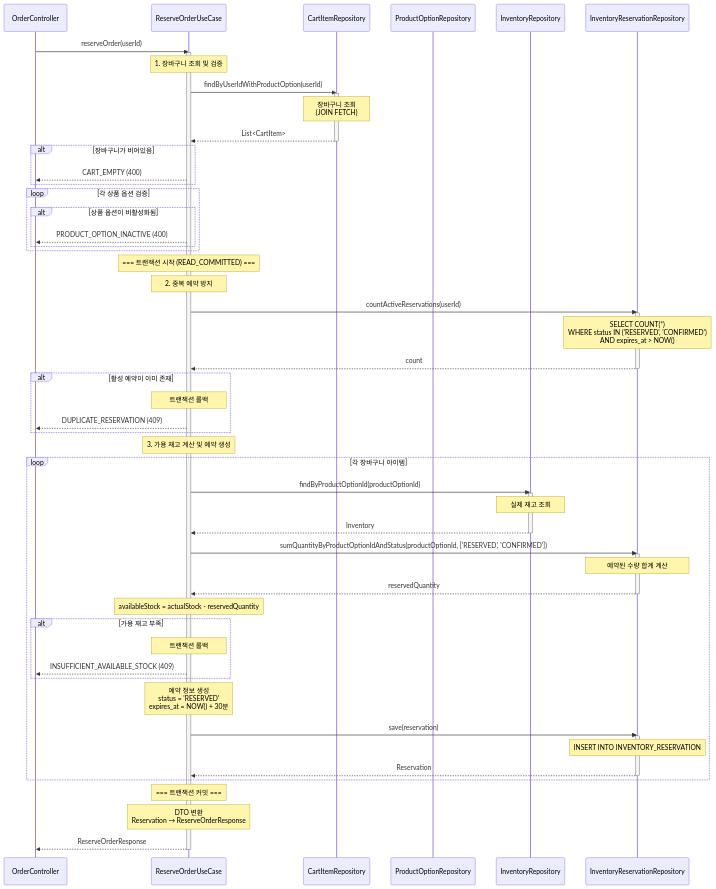
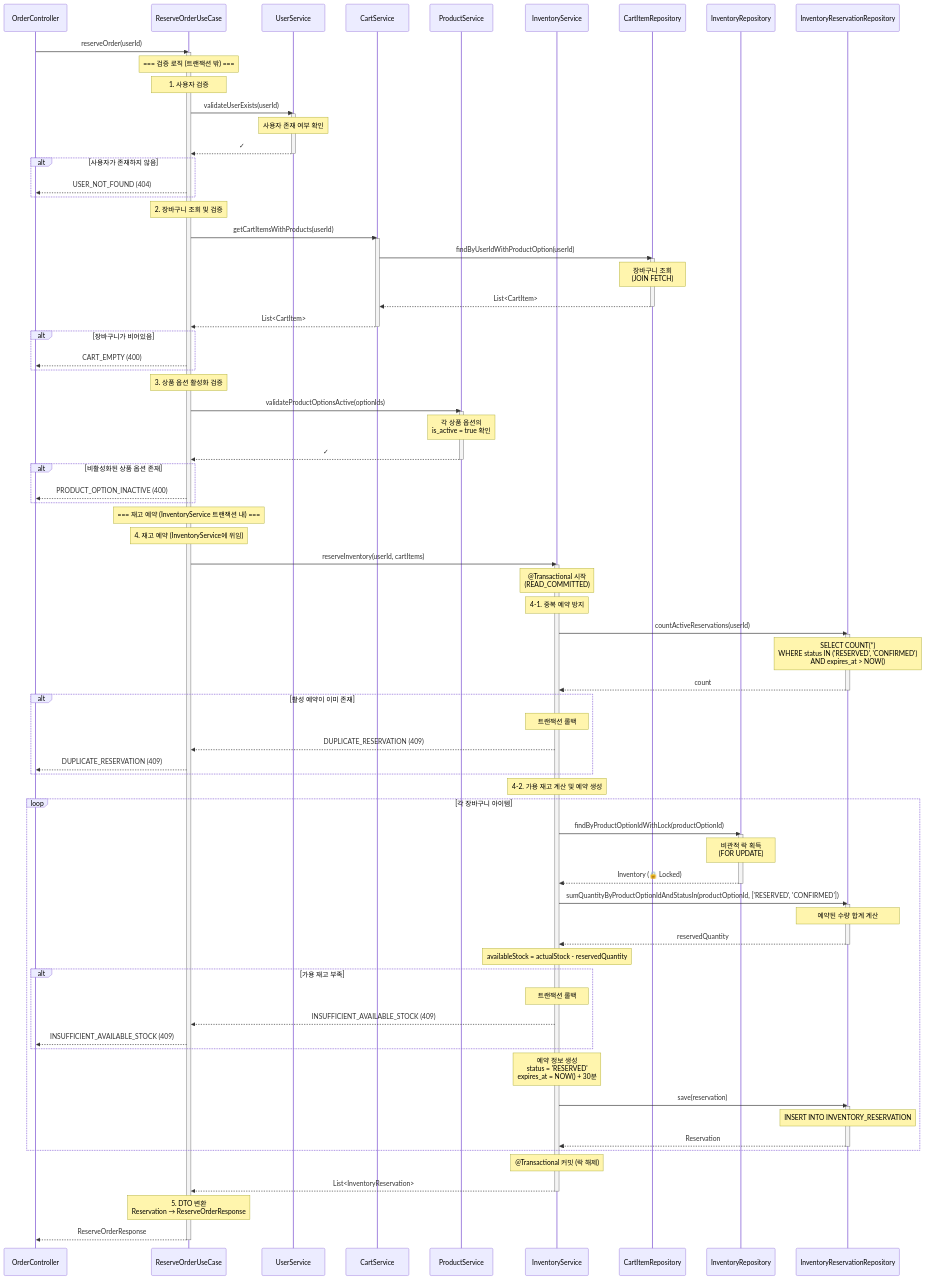
One commit to edit8080/commerce-api changed the first of 2 diagrams in docs/api/order/reserve-order.md. Above: the diagram before and after it, drawn with Mermaid. The commit also changed other lines of this file and 14 other files, not shown here.

Commit message:
refactor: 주문 예약 UseCase 를 Service 기반 오케스트레이션 구조 리팩토링

```diff
--- a/docs/api/order/reserve-order.md
+++ b/docs/api/order/reserve-order.md
@@ -437,81 +277,120 @@
 sequenceDiagram
     participant Controller as OrderController
     participant UseCase as ReserveOrderUseCase
+    participant UserSvc as UserService
+    participant CartSvc as CartService
+    participant ProductSvc as ProductService
+    participant InventorySvc as InventoryService
     participant CartRepo as CartItemRepository
-    participant ProductRepo as ProductOptionRepository
     participant InventoryRepo as InventoryRepository
     participant ReservationRepo as InventoryReservationRepository
 
     Controller->>UseCase: reserveOrder(userId)
     activate UseCase
 
-    Note over UseCase: 1. 장바구니 조회 및 검증
+    Note over UseCase: === 검증 로직 (트랜잭션 밖) ===
 
-    UseCase->>CartRepo: findByUserIdWithProductOption(userId)
+    Note over UseCase: 1. 사용자 검증
+
+    UseCase->>UserSvc: validateUserExists(userId)
+    activate UserSvc
+    Note over UserSvc: 사용자 존재 여부 확인
+    UserSvc-->>UseCase: ✓
+    deactivate UserSvc
+
+    alt 사용자가 존재하지 않음
+        UseCase-->>Controller: USER_NOT_FOUND (404)
+    end
+
+    Note over UseCase: 2. 장바구니 조회 및 검증
+
+    UseCase->>CartSvc: getCartItemsWithProducts(userId)
+    activate CartSvc
+    CartSvc->>CartRepo: findByUserIdWithProductOption(userId)
     activate CartRepo
     Note over CartRepo: 장바구니 조회<br/>(JOIN FETCH)
-    CartRepo-->>UseCase: List<CartItem>
+    CartRepo-->>CartSvc: List<CartItem>
     deactivate CartRepo
+    CartSvc-->>UseCase: List<CartItem>
+    deactivate CartSvc
 
     alt 장바구니가 비어있음
         UseCase-->>Controller: CART_EMPTY (400)
     end
 
-    loop 각 상품 옵션 검증
-        alt 상품 옵션이 비활성화됨
-            UseCase-->>Controller: PRODUCT_OPTION_INACTIVE (400)
-        end
+    Note over UseCase: 3. 상품 옵션 활성화 검증
+
+    UseCase->>ProductSvc: validateProductOptionsActive(optionIds)
+    activate ProductSvc
+    Note over ProductSvc: 각 상품 옵션의<br/>is_active = true 확인
+    ProductSvc-->>UseCase: ✓
+    deactivate ProductSvc
+
+    alt 비활성화된 상품 옵션 존재
+        UseCase-->>Controller: PRODUCT_OPTION_INACTIVE (400)
     end
 
-    Note over UseCase: === 트랜잭션 시작 (READ_COMMITTED) ===
+    Note over UseCase: === 재고 예약 (InventoryService 트랜잭션 내) ===
 
-    Note over UseCase: 2. 중복 예약 방지
+    Note over UseCase: 4. 재고 예약 (InventoryService에 위임)
 
-    UseCase->>ReservationRepo: countActiveReservations(userId)
+    UseCase->>InventorySvc: reserveInventory(userId, cartItems)
+    activate InventorySvc
+
+    Note over InventorySvc: @Transactional 시작<br/>(READ_COMMITTED)
+
+    Note over InventorySvc: 4-1. 중복 예약 방지
+
+    InventorySvc->>ReservationRepo: countActiveReservations(userId)
     activate ReservationRepo
     Note over ReservationRepo: SELECT COUNT(*)<br/>WHERE status IN ('RESERVED', 'CONFIRMED')<br/>AND expires_at > NOW()
-    ReservationRepo-->>UseCase: count
+    ReservationRepo-->>InventorySvc: count
     deactivate ReservationRepo
 
     alt 활성 예약이 이미 존재
-        Note over UseCase: 트랜잭션 롤백
+        Note over InventorySvc: 트랜잭션 롤백
+        InventorySvc-->>UseCase: DUPLICATE_RESERVATION (409)
         UseCase-->>Controller: DUPLICATE_RESERVATION (409)
     end
 
-    Note over UseCase: 3. 가용 재고 계산 및 예약 생성
+    Note over InventorySvc: 4-2. 가용 재고 계산 및 예약 생성
 
     loop 각 장바구니 아이템
-        UseCase->>InventoryRepo: findByProductOptionId(productOptionId)
+        InventorySvc->>InventoryRepo: findByProductOptionIdWithLock(productOptionId)
         activate InventoryRepo
-        Note over InventoryRepo: 실제 재고 조회
-        InventoryRepo-->>UseCase: Inventory
+        Note over InventoryRepo: 비관적 락 획득<br/>(FOR UPDATE)
+        InventoryRepo-->>InventorySvc: Inventory (🔒 Locked)
         deactivate InventoryRepo
 
-        UseCase->>ReservationRepo: sumQuantityByProductOptionIdAndStatus(productOptionId, ['RESERVED', 'CONFIRMED'])
+        InventorySvc->>ReservationRepo: sumQuantityByProductOptionIdAndStatusIn(productOptionId, ['RESERVED', 'CONFIRMED'])
         activate ReservationRepo
         Note over ReservationRepo: 예약된 수량 합계 계산
-        ReservationRepo-->>UseCase: reservedQuantity
+        ReservationRepo-->>InventorySvc: reservedQuantity
         deactivate ReservationRepo
 
-        Note over UseCase: availableStock = actualStock - reservedQuantity
+        Note over InventorySvc: availableStock = actualStock - reservedQuantity
 
         alt 가용 재고 부족
-            Note over UseCase: 트랜잭션 롤백
+            Note over InventorySvc: 트랜잭션 롤백
+            InventorySvc-->>UseCase: INSUFFICIENT_AVAILABLE_STOCK (409)
             UseCase-->>Controller: INSUFFICIENT_AVAILABLE_STOCK (409)
         end
 
-        Note over UseCase: 예약 정보 생성<br/>status = 'RESERVED'<br/>expires_at = NOW() + 30분
+        Note over InventorySvc: 예약 정보 생성<br/>status = 'RESERVED'<br/>expires_at = NOW() + 30분
 
-        UseCase->>ReservationRepo: save(reservation)
+        InventorySvc->>ReservationRepo: save(reservation)
         activate ReservationRepo
         Note over ReservationRepo: INSERT INTO INVENTORY_RESERVATION
-        ReservationRepo-->>UseCase: Reservation
+        ReservationRepo-->>InventorySvc: Reservation
         deactivate ReservationRepo
     end
 
-    Note over UseCase: === 트랜잭션 커밋 ===
+    Note over InventorySvc: @Transactional 커밋 (락 해제)
 
-    Note over UseCase: DTO 변환<br/>Reservation → ReserveOrderResponse
+    InventorySvc-->>UseCase: List<InventoryReservation>
+    deactivate InventorySvc
+
+    Note over UseCase: 5. DTO 변환<br/>Reservation → ReserveOrderResponse
 
     UseCase-->>Controller: ReserveOrderResponse
     deactivate UseCase
```
